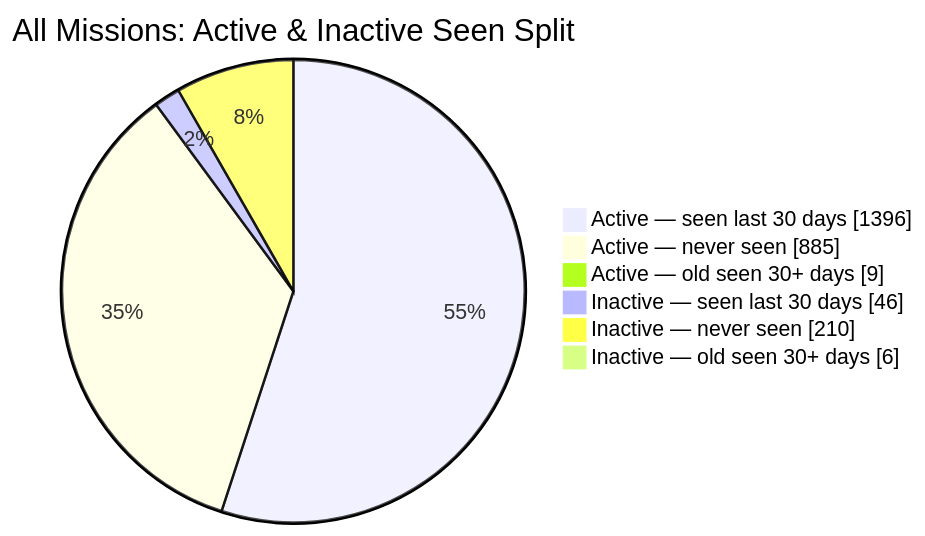
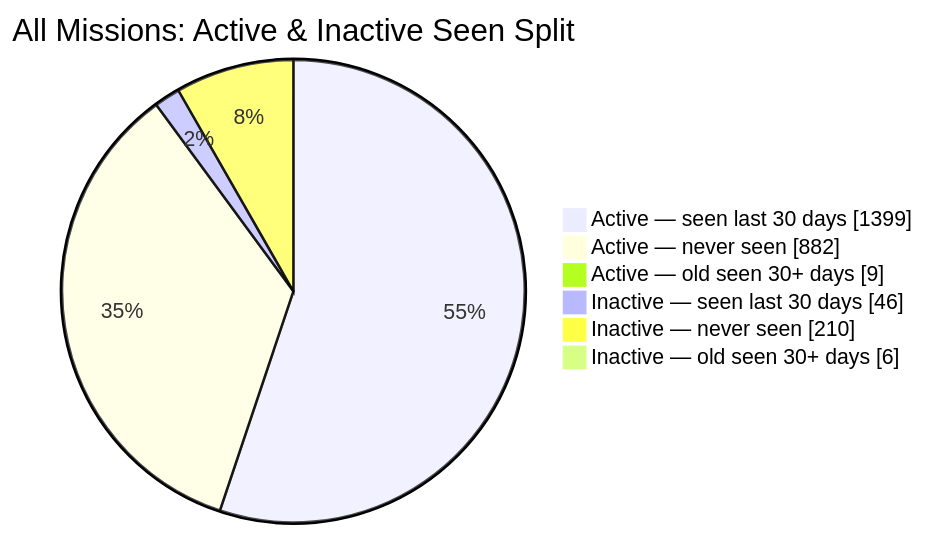
One commit to MeldkamerspelGameTeam/active-missions changed the second of 2 diagrams in README.md. Above: the diagram before and after it, drawn with Mermaid. The commit also changed other lines of this file and 2 other files, not shown here.

````diff
--- a/README.md
+++ b/README.md
@@ -44,10 +44,10 @@
 ```mermaid
 pie showData
     title All Missions: Active & Inactive Seen Split
-    "Active — seen last 30 days" : 1396
-    "Active — never seen" : 885
+    "Active — seen last 30 days" : 1399
+    "Active — never seen" : 882
     "Active — old seen 30+ days" : 9
     "Inactive — seen last 30 days" : 46
     "Inactive — never seen" : 210
     "Inactive — old seen 30+ days" : 6
 ```
````
